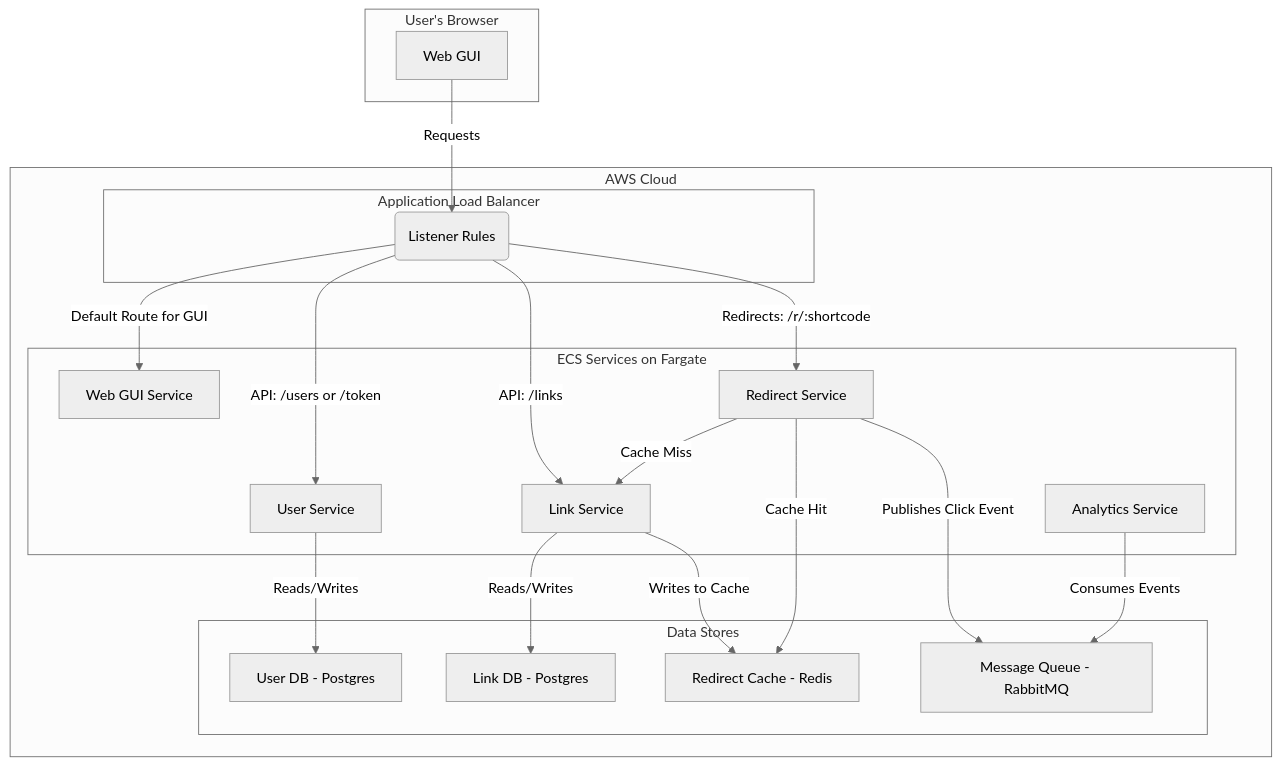
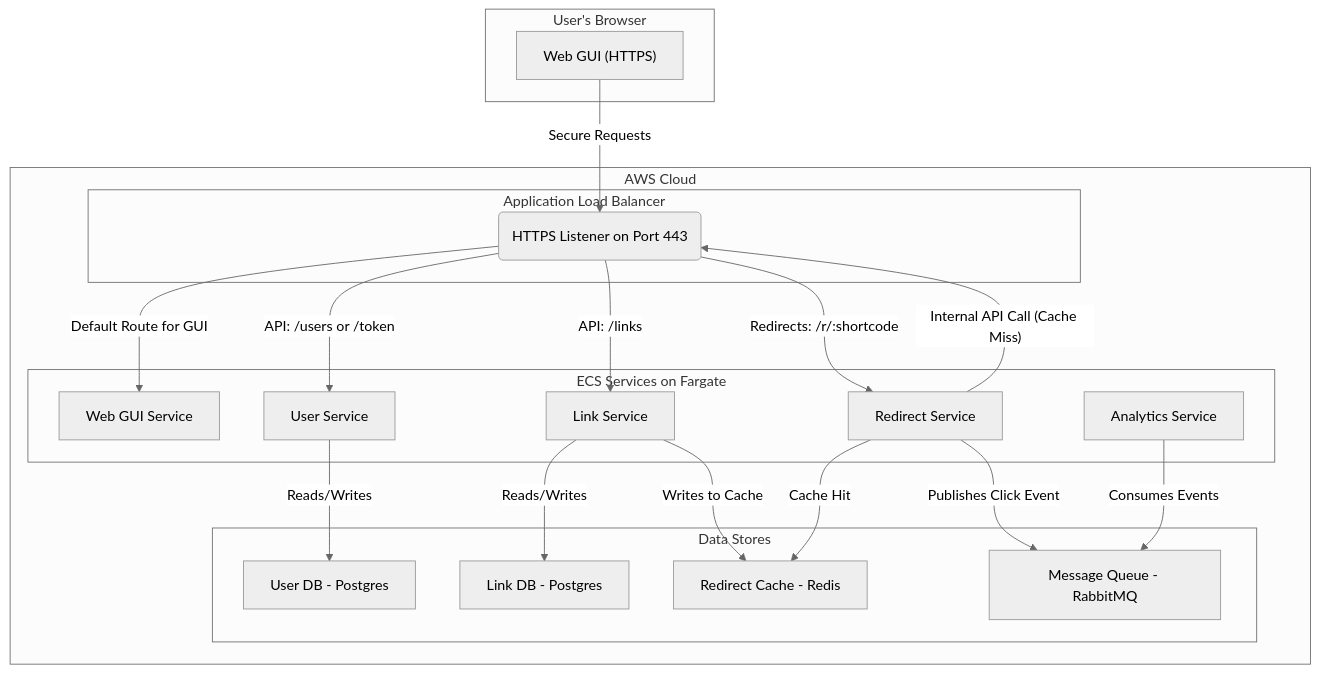
One commit to JemJal/linkshrink-microservices changed the diagram in README.md. Above: the diagram before and after it, drawn with Mermaid (neutral theme). The commit also changed other lines of this file, not shown here.

````diff
--- a/README.md
+++ b/README.md
@@ -38,42 +39,42 @@
 ```mermaid
 graph TD
     subgraph "User's Browser"
-        A["Web GUI"]
+        A["Web GUI (HTTPS)"]
     end
 
     subgraph "AWS Cloud"
         subgraph "Application Load Balancer"
-            B("Listener Rules")
+            B("HTTPS Listener on Port 443")
         end
 
         subgraph "ECS Services on Fargate"
             C["Web GUI Service"]
             D["User Service"]
             E["Link Service"]
             F["Redirect Service"]
             G["Analytics Service"]
         end
 
         subgraph "Data Stores"
             H["User DB - Postgres"]
             I["Link DB - Postgres"]
             J["Redirect Cache - Redis"]
             K["Message Queue - RabbitMQ"]
         end
     end
 
-    A -- "Requests" --> B
+    A -- "Secure Requests" --> B
 
     B -- "API: /users or /token" --> D
     B -- "API: /links" --> E
     B -- "Redirects: /r/:shortcode" --> F
     B -- "Default Route for GUI" --> C
 
     D -- "Reads/Writes" --> H
     E -- "Reads/Writes" --> I
     E -- "Writes to Cache" --> J
-    F -- "Cache Miss" --> E
+    F -- "Internal API Call (Cache Miss)" --> B
     F -- "Cache Hit" --> J
     F -- "Publishes Click Event" --> K
     G -- "Consumes Events" --> K
 ```
````
